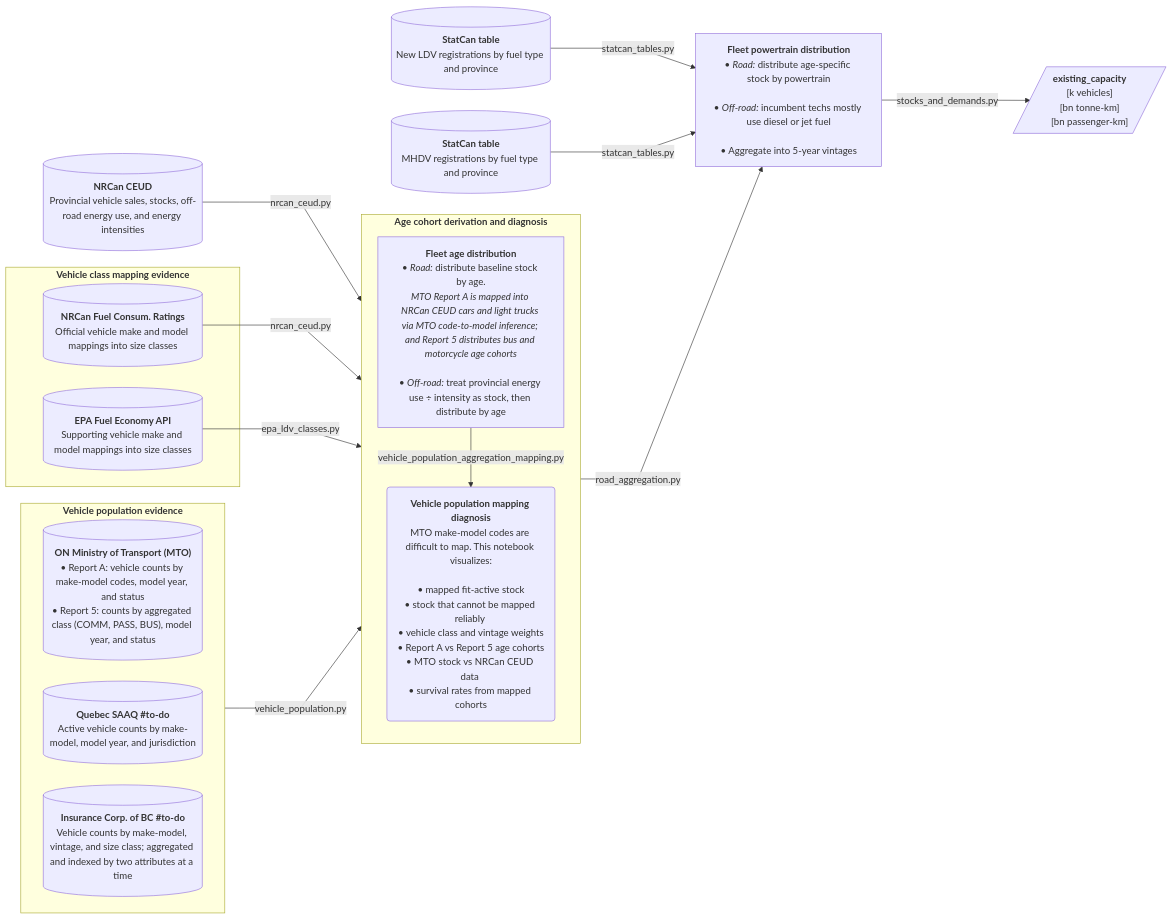
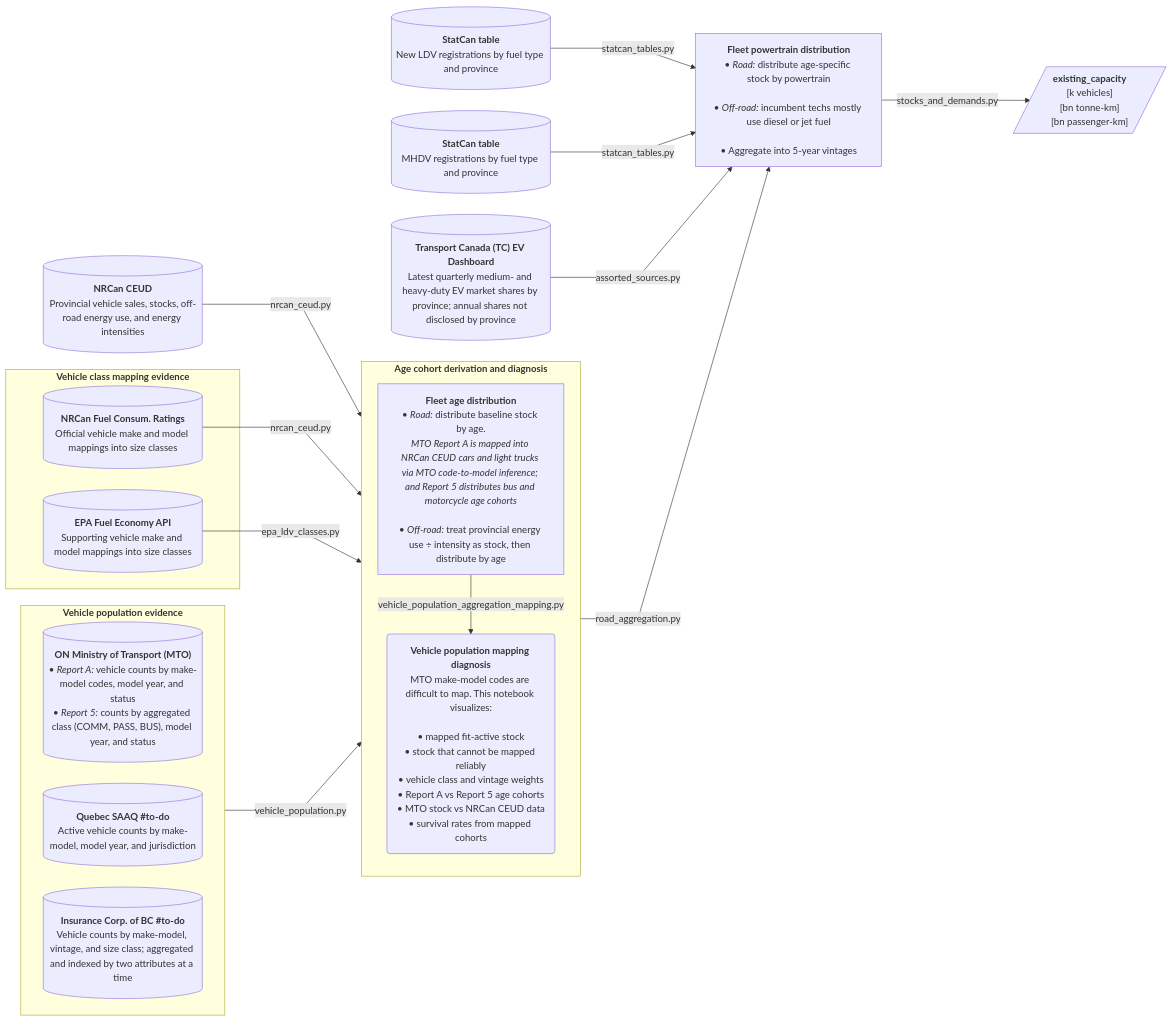
The second of 12 diagrams in docs/etl_flowcharts.md (CANOE-main/canoe-transportation), drawn with Mermaid before and after one commit. The commit also changed other lines of this file and 10 other files, not shown here.

````diff
--- a/docs/etl_flowcharts.md
+++ b/docs/etl_flowcharts.md
@@ -69,54 +79,71 @@
     curve: linear
 ---
 flowchart LR
-  %% --- Sources ---
-  s0[("`**NRCan CEUD**<br>Provincial vehicle sales, stocks, off-road energy use, and energy intensities`")]
+  %% ########### Sources ###########
+  s0[("`**NRCan CEUD**
+    Provincial vehicle sales, stocks, off-road energy use, and energy intensities`")]
 
   subgraph expansion["`**Vehicle population evidence**`"]
-  direction LR
-    s1[("`**ON Ministry of Transport (MTO)**<br>• Report A: vehicle counts by make-model codes, model year, and status<br>• Report 5: counts by aggregated class (COMM, PASS, BUS), model year, and status`")]
-    s2[("`**Quebec SAAQ #to-do**<br>Active vehicle counts by make-model, model year, and jurisdiction`")]
-    s3[("`**Insurance Corp. of BC #to-do**<br>Vehicle counts by make-model, vintage, and size class; aggregated and indexed by two attributes at a time`")]
+    direction LR
+    s1[("`**ON Ministry of Transport (MTO)**
+      • *Report A:* vehicle counts by make-model codes, model year, and status
+      • *Report 5:* counts by aggregated class (COMM, PASS, BUS), model year, and status`")]
+    s2[("`**Quebec SAAQ #to-do**
+      Active vehicle counts by make-model, model year, and jurisdiction`")]
+    s3[("`**Insurance Corp. of BC #to-do**
+      Vehicle counts by make-model, vintage, and size class; aggregated and indexed by two attributes at a time`")]
   end
 
   subgraph classes["`**Vehicle class mapping evidence**`"]
-    s1_2[("`**NRCan Fuel Consum. Ratings**<br>Official vehicle make and model mappings into size classes`")]
-    s1_3[("`**EPA Fuel Economy API**<br>Supporting vehicle make and model mappings into size classes`")]
+    s1_2[("`**NRCan Fuel Consum. Ratings**
+      Official vehicle make and model mappings into size classes`")]
+    s1_3[("`**EPA Fuel Economy API**
+      Supporting vehicle make and model mappings into size classes`")]
   end
 
-  s4[("`**StatCan table**<br>New LDV registrations by fuel type and province`")]
-  s5[("`**StatCan table**<br>MHDV registrations by fuel type and province`")]
+  s4[("`**StatCan table**
+    New LDV registrations by fuel type and province`")]
+  s5[("`**StatCan table**
+    MHDV registrations by fuel type and province`")]
+  s6[("`**Transport Canada (TC) EV Dashboard**
+    Latest quarterly medium- and heavy-duty EV market shares by province; annual shares not disclosed by province`")]
 
-  %% --- Processes ---
+  %% ########### Processes ###########
   subgraph age["`**Age cohort derivation and diagnosis**`"]
     direction TB
     p1["`**Fleet age distribution**
-    • *Road:* distribute baseline stock by age.
-    *MTO Report A is mapped into NRCan CEUD cars and light trucks via MTO code-to-model inference; and Report 5 distributes bus and motorcycle age cohorts*<br>
-    • *Off-road:* treat provincial energy use ÷ intensity as stock, then distribute by age`"]
+      • *Road:* distribute baseline stock by age.
+      *MTO Report A is mapped into NRCan CEUD cars and light trucks via MTO code-to-model inference; and Report 5 distributes bus and motorcycle age cohorts*<br>
+      • *Off-road:* treat provincial energy use ÷ intensity as stock, then distribute by age`"]
 
     p1_2("`**Vehicle population mapping diagnosis**`"
-    MTO make-model codes are difficult to map. This notebook visualizes:<br>
-    • mapped fit-active stock
-    • stock that cannot be mapped reliably 
-    • vehicle class and vintage weights
-    • Report A vs Report 5 age cohorts
-    • MTO stock vs NRCan CEUD data 
-    • survival rates from mapped cohorts)
+      MTO make-model codes are difficult to map. This notebook visualizes:<br>
+      • mapped fit-active stock
+      • stock that cannot be mapped reliably
+      • vehicle class and vintage weights
+      • Report A vs Report 5 age cohorts
+      • MTO stock vs NRCan CEUD data
+      • survival rates from mapped cohorts)
     p1 -- vehicle_population_aggregation_mapping.py --> p1_2
   end
-  
   s0 -- nrcan_ceud.py --> age
   s1 -- vehicle_population.py --> age
   s1_2 -- nrcan_ceud.py --> age
   s1_3 -- epa_ldv_classes.py --> age
 
-  p2["`**Fleet powertrain distribution**<br>• *Road:* distribute age-specific stock by powertrain<br><br>• *Off-road:* incumbent techs mostly use diesel or jet fuel<br><br>• Aggregate into 5-year vintages`"]
+  p2["`**Fleet powertrain distribution**
+    • *Road:* distribute age-specific stock by powertrain<br>
+    • *Off-road:* incumbent techs mostly use diesel or jet fuel<br>
+    • Aggregate into 5-year vintages`"]
   age -- road_aggregation.py --> p2
   s4 -- statcan_tables.py --> p2
   s5 -- statcan_tables.py --> p2
+  s6 -- assorted_sources.py --> p2
 
-  p2 -- stocks_and_demands.py --> o1[/"`**existing_capacity**<br>[k vehicles]<br>[bn tonne-km]<br>[bn passenger-km]`"/]
+  p2 -- stocks_and_demands.py --> o1[/"`**existing_capacity**
+    [k vehicles]
+    [bn tonne-km]
+    [bn passenger-km]`"/]
 
   %% --- Hyperlinks ---
   click s5 "https://doi.org/10.25318/2310030801-eng"
@@ -127,4 +154,5 @@
   click s0 "https://oee.nrcan.gc.ca/corporate/statistics/neud/dpa/menus/trends/comprehensive_tables/list.cfm"
   click s1_2 "https://open.canada.ca/data/en/dataset/98f1a129-f628-4ce4-b24d-6f16bf24dd64"
   click s1_3 "https://www.fueleconomy.gov/feg/ws/index.shtml"
+  click s6 "https://tc.canada.ca/en/road-transportation/innovative-technologies/electric-vehicles/canada-electric-vehicle-dashboard"
 ```
````
